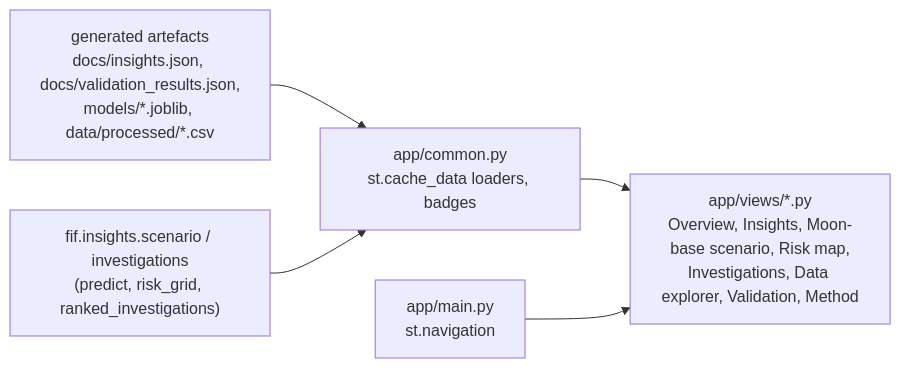
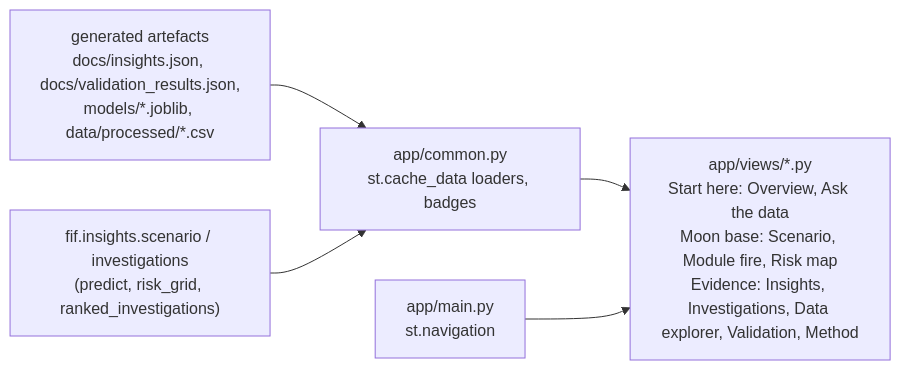
Before and after one commit to ruska51/prometheus-0g: the fourth of 4 diagrams in docs/ARCHITECTURE.md, drawn with Mermaid. The commit also changed 18 other files, not shown here.

Commit message:
audit: module custom-atmosphere slider defaults; README, submission v8 and architecture match the app; screenshots

````diff
--- a/docs/ARCHITECTURE.md
+++ b/docs/ARCHITECTURE.md
@@ -119,7 +119,7 @@
 ```mermaid
 flowchart LR
     G["generated artefacts<br/>docs/insights.json, docs/validation_results.json,<br/>models/*.joblib, data/processed/*.csv"] --> C["app/common.py<br/>st.cache_data loaders, badges"]
     P["fif.insights.scenario / investigations<br/>(predict, risk_grid, ranked_investigations)"] --> C
-    C --> PG["app/views/*.py<br/>Overview, Insights, Moon-base scenario, Risk map,<br/>Investigations, Data explorer, Validation, Method"]
+    C --> PG["app/views/*.py<br/>Start here: Overview, Ask the data<br/>Moon base: Scenario, Module fire, Risk map<br/>Evidence: Insights, Investigations, Data explorer, Validation, Method"]
     M["app/main.py<br/>st.navigation"] --> PG
 ```
````
